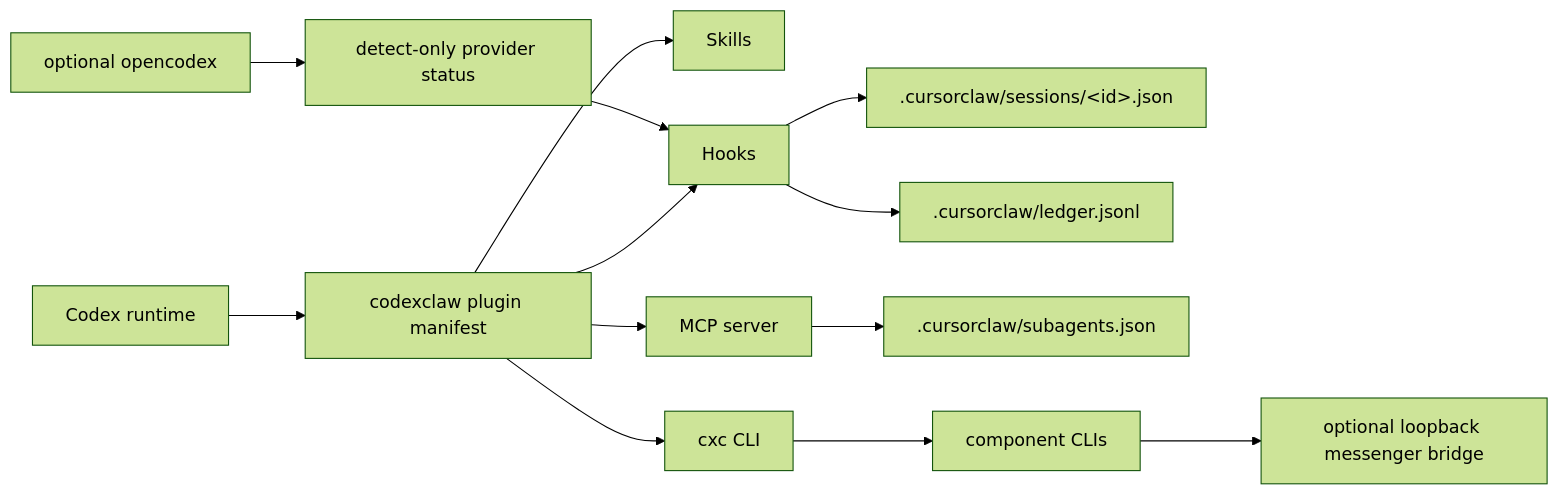
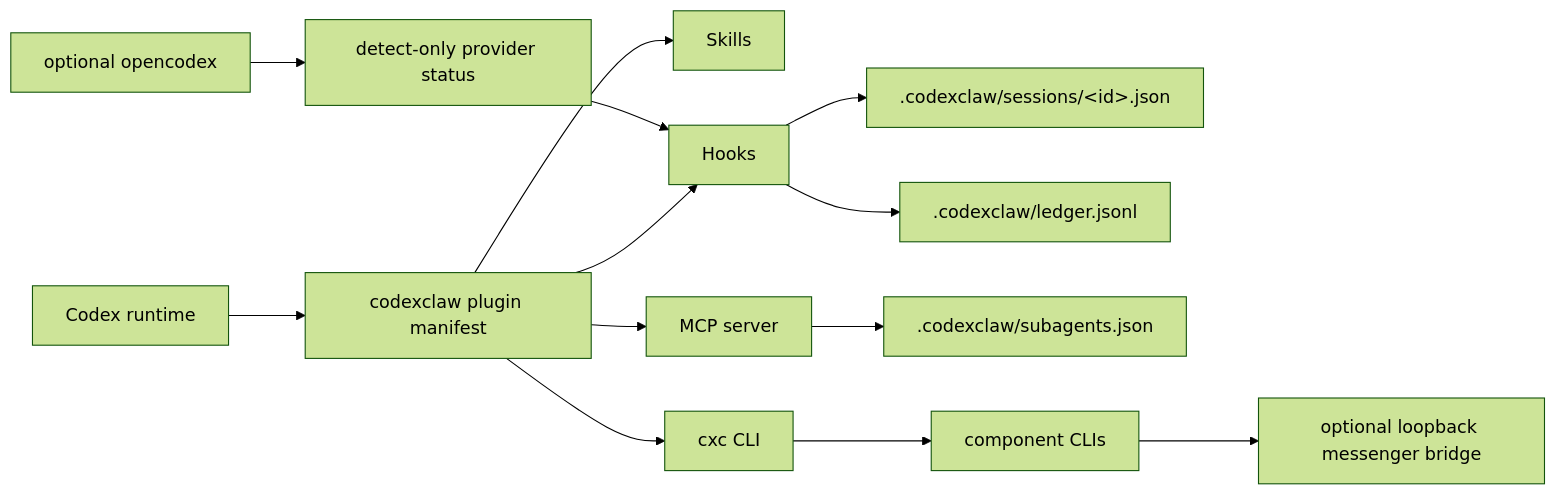
The diagram in docs-site/src/content/docs/concepts/how-it-works.md (lidge-jun/lidgeclaw), drawn with Mermaid (forest theme) before and after one commit. The commit also changed other lines of this file and 207 other files, not shown here.

````diff
--- a/docs-site/src/content/docs/concepts/how-it-works.md
+++ b/docs-site/src/content/docs/concepts/how-it-works.md
@@ -9,15 +9,15 @@
 ```mermaid
 flowchart LR
   A["Codex runtime"] --> B["codexclaw plugin manifest"]
   B --> C["Skills"]
   B --> D["Hooks"]
   B --> E["MCP server"]
   B --> F["cxc CLI"]
-  D --> G[".cursorclaw/sessions/&lt;id&gt;.json"]
-  D --> H[".cursorclaw/ledger.jsonl"]
-  E --> I[".cursorclaw/subagents.json"]
+  D --> G[".codexclaw/sessions/&lt;id&gt;.json"]
+  D --> H[".codexclaw/ledger.jsonl"]
+  E --> I[".codexclaw/subagents.json"]
   J["optional opencodex"] --> K["detect-only provider status"]
   K --> D
   F --> L["component CLIs"]
   L --> M["optional loopback messenger bridge"]
 ```
````
